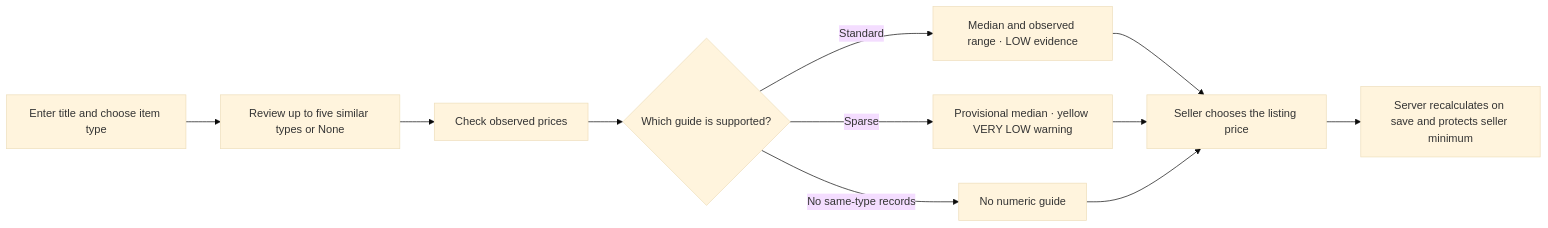
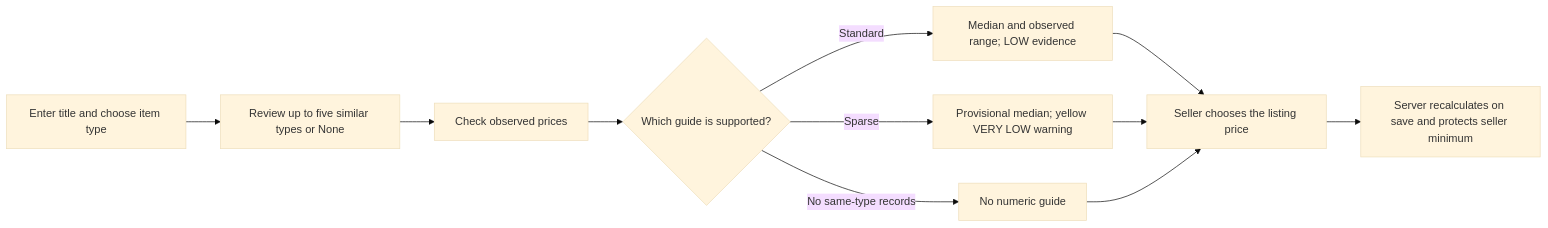
One commit to AnniecTW/6-moveon changed the first of 3 diagrams in docs/pricing/IMPLEMENTATION_PROGRESS.md. Above: the diagram before and after it, drawn with Mermaid (base theme). The commit also changed other lines of this file and 28 other files, not shown here.

````diff
--- a/docs/pricing/IMPLEMENTATION_PROGRESS.md
+++ b/docs/pricing/IMPLEMENTATION_PROGRESS.md
@@ -14,13 +13,13 @@
 ```mermaid
 flowchart LR
     A[Enter title and choose item type] --> B[Review up to five similar types or None]
     B --> C[Check observed prices]
     C --> D{Which guide is supported?}
-    D -- Standard --> E[Median and observed range · LOW evidence]
-    D -- Sparse --> F[Provisional median · yellow VERY LOW warning]
+    D -- Standard --> E[Median and observed range; LOW evidence]
+    D -- Sparse --> F[Provisional median; yellow VERY LOW warning]
     D -- No same-type records --> G[No numeric guide]
     E --> H[Seller chooses the listing price]
     F --> H
     G --> H
     H --> I[Server recalculates on save and protects seller minimum]
 ```
````
